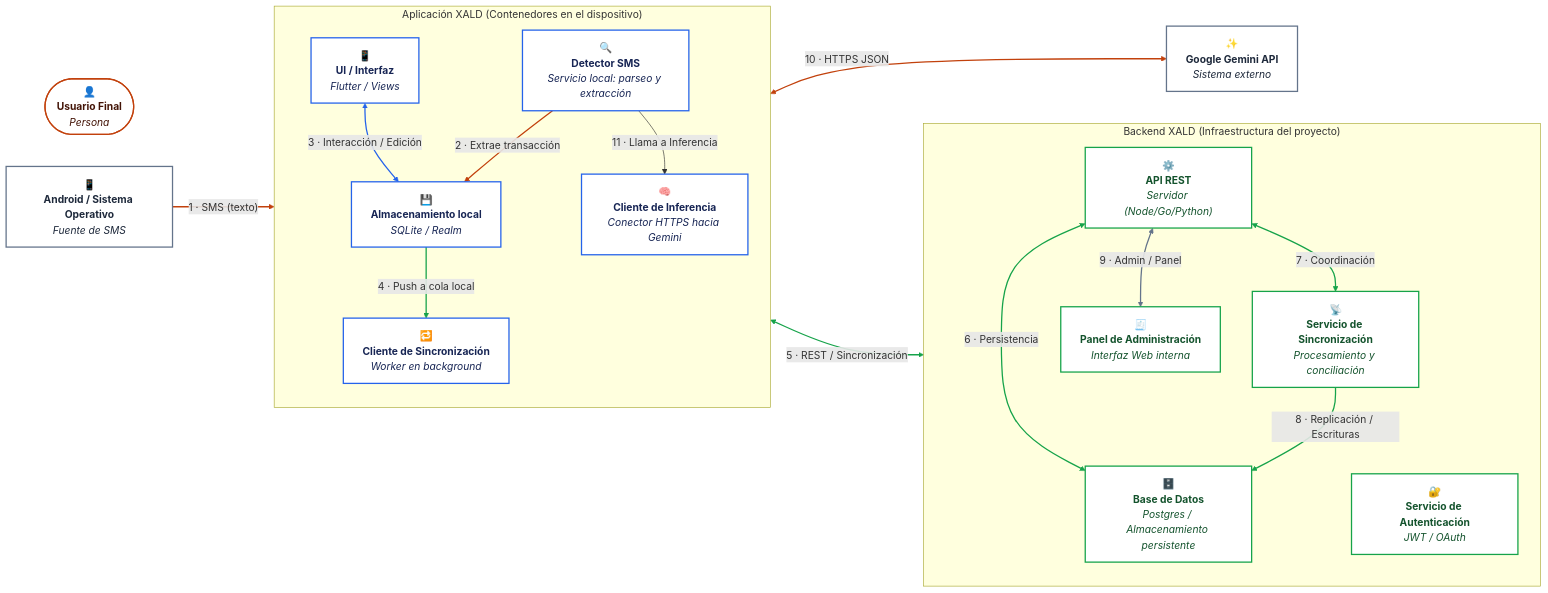
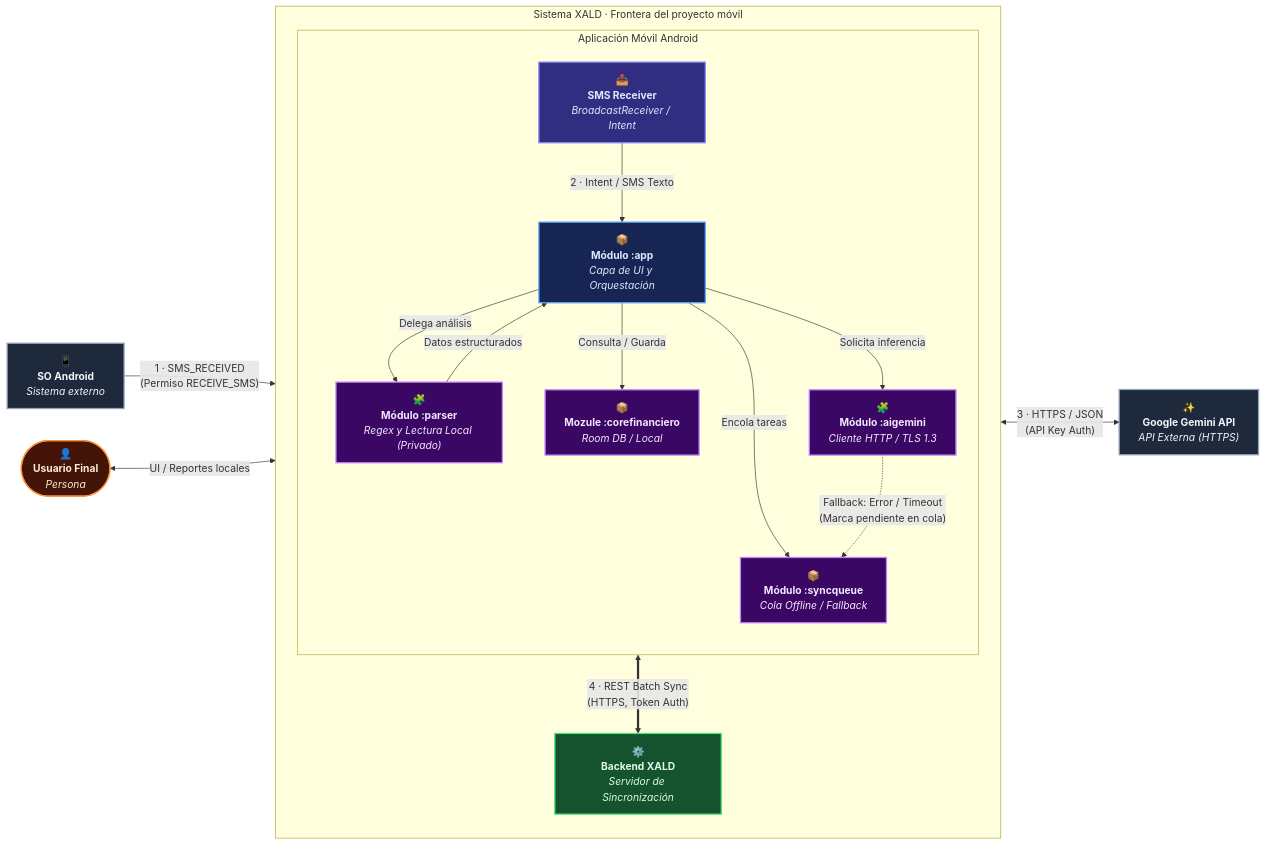
The second of 2 diagrams in docs/c4/c4.md (ISCOUTB/AS_202620_XALD), drawn with Mermaid before and after one commit. The commit also changed other lines of this file, not shown here.

Commit message:
Revise flowchart for XALD application architecture
Updated the flowchart in the documentation to reflect changes in the application architecture and components.

````diff
--- a/docs/c4/c4.md
+++ b/docs/c4/c4.md
@@ -83,57 +83,49 @@
 ```mermaid
 flowchart LR
     User(["👤<br/><b>Usuario Final</b><br/><i>Persona</i>"])
-    subgraph app["Aplicación XALD (Contenedores en el dispositivo)"]
+    AndroidExt["📱<br/><b>SO Android</b><br/><i>Sistema externo</i>"]
+    Gemini["✨<br/><b>Google Gemini API</b><br/><i>API Externa (HTTPS)</i>"]
+
+    subgraph sistema["Sistema XALD · Frontera del proyecto móvil"]
         direction TB
-        UI["📱<br/><b>UI / Interfaz</b><br/><i>Flutter / Views</i>"]
-        Detector["🔍<br/><b>Detector SMS</b><br/><i>Servicio local: parseo y extracción</i>"]
-        Store["💾<br/><b>Almacenamiento local</b><br/><i>SQLite / Realm</i>"]
-        SyncClient["🔁<br/><b>Cliente de Sincronización</b><br/><i>Worker en background</i>"]
-        InferenceClient["🧠<br/><b>Cliente de Inferencia</b><br/><i>Conector HTTPS hacia Gemini</i>"]
+        
+        subgraph app_group["Aplicación Móvil Android"]
+            direction TB
+            SMSReceiver["📥<br/><b>SMS Receiver</b><br/><i>BroadcastReceiver / Intent</i>"]
+            App["📦<br/><b>Módulo :app</b><br/><i>Capa de UI y Orquestación</i>"]
+            Parser["🧩<br/><b>Módulo :parser</b><br/><i>Regex y Lectura Local (Privado)</i>"]
+            Core["📦<br/><b>Mozule :corefinanciero</b><br/><i>Room DB / Local</i>"]
+            Sync["📦<br/><b>Módulo :syncqueue</b><br/><i>Cola Offline / Fallback</i>"]
+            AI["🧩<br/><b>Módulo :aigemini</b><br/><i>Cliente HTTP / TLS 1.3</i>"]
+        end
+
+        Backend["⚙️<br/><b>Backend XALD</b><br/><i>Servidor de Sincronización</i>"]
+
+        SMSReceiver -->|"2 · Intent / SMS Texto"| App
+        App -->|"Delega análisis"| Parser
+        Parser -->|"Datos estructurados"| App
+        App -->|"Consulta / Guarda"| Core
+        App -->|"Encola tareas"| Sync
+        App -->|"Solicita inferencia"| AI
+        AI -.->|"Fallback: Error / Timeout<br/>(Marca pendiente en cola)"| Sync
+        Sync <==>|"4 · REST Batch Sync<br/>(HTTPS, Token Auth)"| Backend
     end
 
-    subgraph backend["Backend XALD (Infraestructura del proyecto)"]
-        direction TB
-        API["⚙️<br/><b>API REST</b><br/><i>Servidor (Node/Go/Python)</i>"]
-        Auth["🔐<br/><b>Servicio de Autenticación</b><br/><i>JWT / OAuth</i>"]
-        SyncService["📡<br/><b>Servicio de Sincronización</b><br/><i>Procesamiento y conciliación</i>"]
-        DB["🗄️<br/><b>Base de Datos</b><br/><i>Postgres / Almacenamiento persistente</i>"]
-        Admin["🧾<br/><b>Panel de Administración</b><br/><i>Interfaz Web interna</i>"]
-    end
+    AndroidExt -->|"1 · SMS_RECEIVED<br/>(Permiso RECEIVE_SMS)"| SMSReceiver
+    AI <-->|"3 · HTTPS / JSON<br/>(API Key Auth)"| Gemini
+    User <-->|"UI / Reportes locales"| App
 
-    Gemini["✨<br/><b>Google Gemini API</b><br/><i>Sistema externo</i>"]
-    Android["📱<br/><b>Android / Sistema Operativo</b><br/><i>Fuente de SMS</i>"]
-
-    Android -->|"1 · SMS (texto)"| Detector
-    Detector -->|"2 · Extrae transacción"| Store
-    UI <-->|"3 · Interacción / Edición"| Store
-    Store -->|"4 · Push a cola local"| SyncClient
-    SyncClient <-->|"5 · REST / Sincronización"| API
-    API <-->|"6 · Persistencia"| DB
-    API <-->|"7 · Coordinación"| SyncService
-    SyncService -->|"8 · Replicación / Escrituras"| DB
-    API <-->|"9 · Admin / Panel"| Admin
-    InferenceClient <-->|"10 · HTTPS JSON"| Gemini
-    Detector -->|"11 · Llama a Inferencia"| InferenceClient
-
-    classDef person fill:#ffffff,stroke:#c2410c,stroke-width:2px,color:#431407
-    classDef central fill:#ffffff,stroke:#2563eb,stroke-width:2px,color:#172554
-    classDef backend fill:#ffffff,stroke:#16a34a,stroke-width:2px,color:#14532d
-    classDef external fill:#ffffff,stroke:#64748b,stroke-width:2px,color:#1e293b
+    classDef person fill:#431407,stroke:#fb923c,stroke-width:2px,color:#ffedd5
+    classDef central fill:#172554,stroke:#60a5fa,stroke-width:2px,color:#dbeafe
+    classDef module fill:#3b0764,stroke:#c084fc,stroke-width:2px,color:#f3e8ff
+    classDef backend fill:#14532d,stroke:#4ade80,stroke-width:2px,color:#dcfce7
+    classDef external fill:#1e293b,stroke:#94a3b8,stroke-width:2px,color:#f1f5f9
+    classDef receiver fill:#312e81,stroke:#818cf8,stroke-width:2px,color:#e0e7ff
 
     class User person
-    class UI,Detector,Store,SyncClient,InferenceClient central
-    class API,Auth,SyncService,DB,Admin backend
-    class Gemini,Android external
-
-    linkStyle 0 stroke:#c2410c,stroke-width:2px
-    linkStyle 1 stroke:#c2410c,stroke-width:2px
-    linkStyle 2 stroke:#2563eb,stroke-width:2px
-    linkStyle 3 stroke:#16a34a,stroke-width:2px
-    linkStyle 4 stroke:#16a34a,stroke-width:2px
-    linkStyle 5 stroke:#16a34a,stroke-width:2px
-    linkStyle 6 stroke:#16a34a,stroke-width:2px
-    linkStyle 7 stroke:#16a34a,stroke-width:2px
-    linkStyle 8 stroke:#64748b,stroke-width:2px
-    linkStyle 9 stroke:#c2410c,stroke-width:2px
+    class App central
+    class SMSReceiver receiver
+    class Parser,Core,Sync,AI module
+    class Backend backend
+    class AndroidExt,Gemini external
 ```
````
